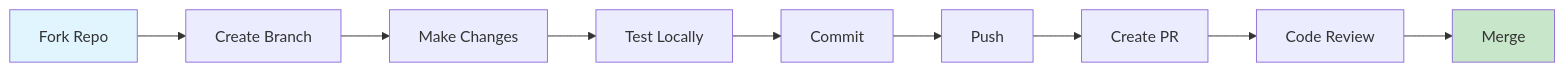
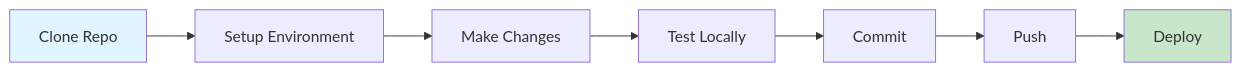
One commit to Criobe/documentation changed the diagram in docs/developer-guide/index.md. Above: the diagram before and after it, drawn with Mermaid. The commit also changed other lines of this file and 29 other files, not shown here.

````diff
--- a/docs/developer-guide/index.md
+++ b/docs/developer-guide/index.md
@@ -46,14 +7,12 @@
 ```mermaid
 graph LR
-    A[Fork Repo] --> B[Create Branch]
+    A[Clone Repo] --> B[Setup Environment]
     B --> C[Make Changes]
     C --> D[Test Locally]
     D --> E[Commit]
     E --> F[Push]
-    F --> G[Create PR]
-    G --> H[Code Review]
-    H --> I[Merge]
+    F --> G[Deploy]
 
     style A fill:#e1f5ff
-    style I fill:#c8e6c9
+    style G fill:#c8e6c9
 ```
````
